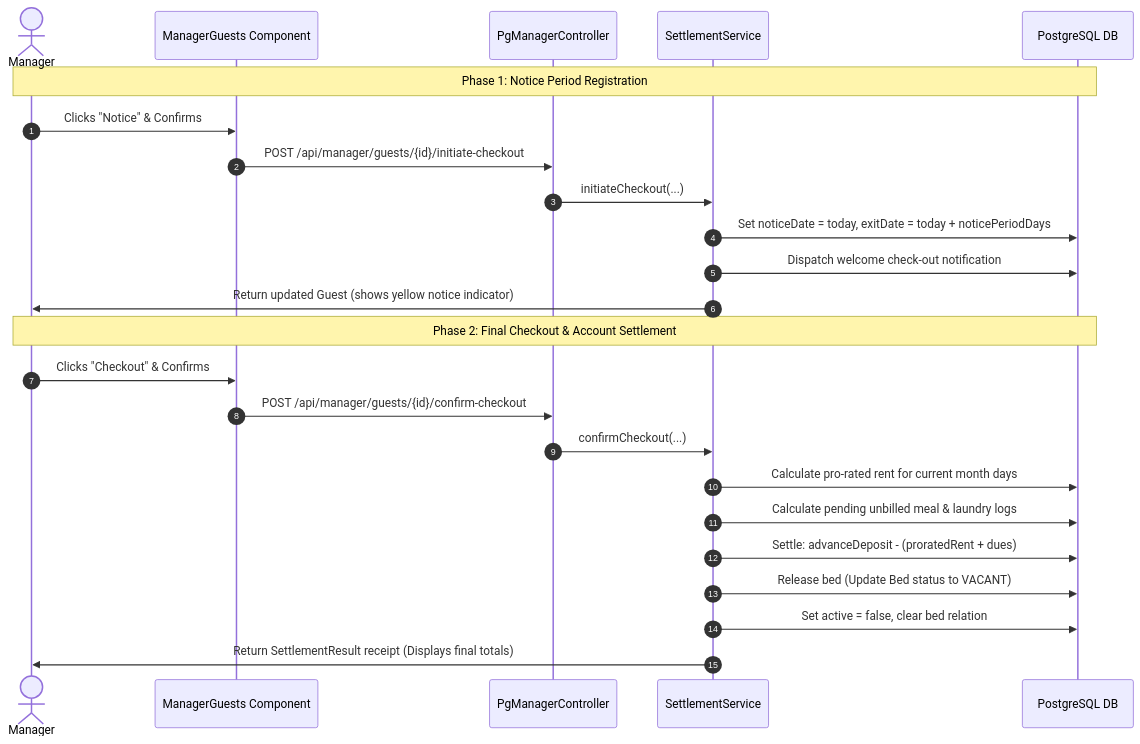
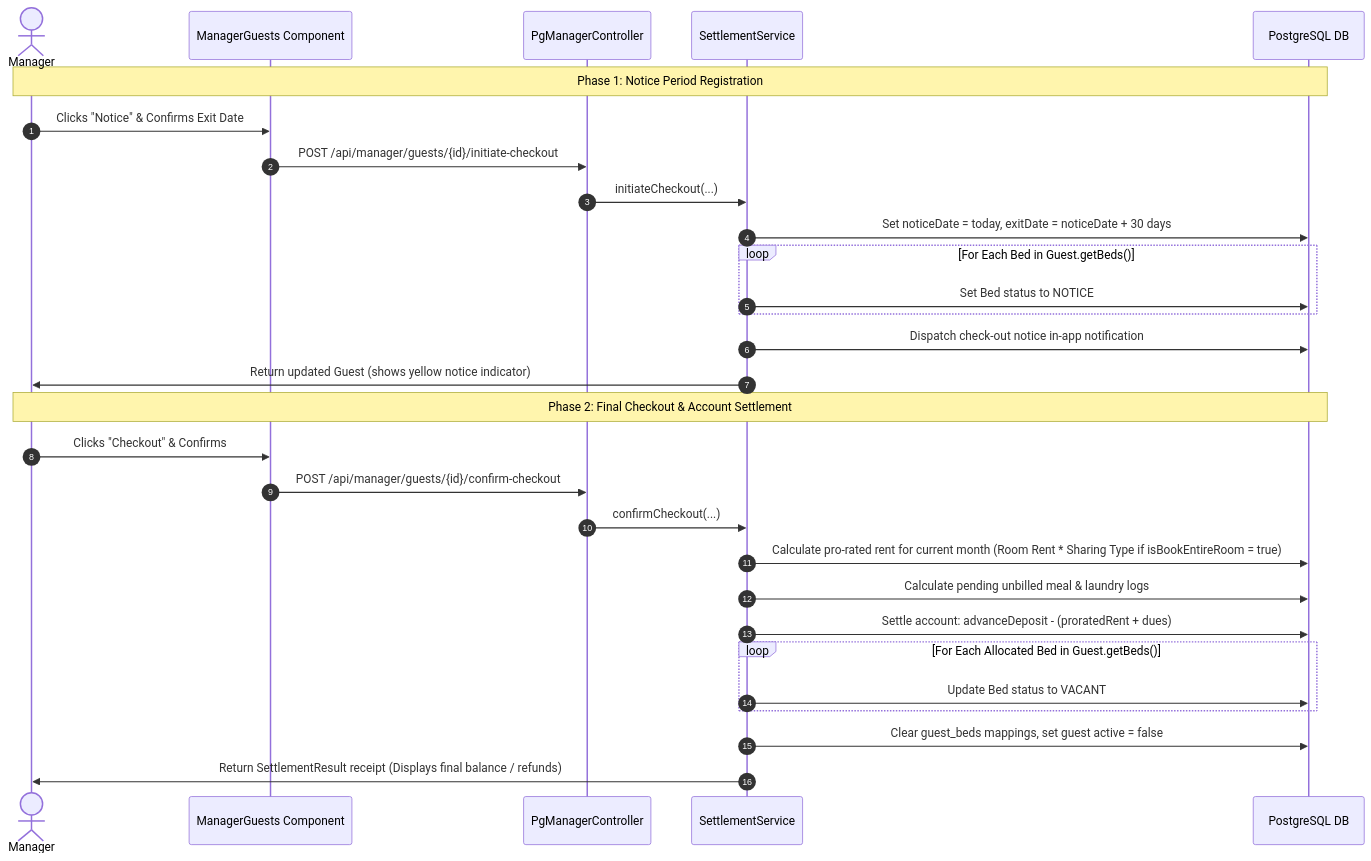
Before and after one commit to rahul-0906/PG-Project: the third of 21 diagrams in docs/WORKFLOWS.md, drawn with Mermaid. The commit also changed other lines of this file and 7 other files, not shown here.

Commit message:
Comprehensive documentation overhaul: update README, workflows, calculations, architecture registry, onboarding, and SOP files

````diff
--- a/docs/WORKFLOWS.md
+++ b/docs/WORKFLOWS.md
@@ -70,28 +81,33 @@
 ```mermaid
 sequenceDiagram
     autonumber
     actor Manager
     participant App as ManagerGuests Component
     participant Controller as PgManagerController
     participant Service as SettlementService
     participant DB as PostgreSQL DB
 
     Note over Manager, DB: Phase 1: Notice Period Registration
-    Manager->>App: Clicks "Notice" & Confirms
+    Manager->>App: Clicks "Notice" & Confirms Exit Date
     App->>Controller: POST /api/manager/guests/{id}/initiate-checkout
     Controller->>Service: initiateCheckout(...)
-    Service->>DB: Set noticeDate = today, exitDate = today + noticePeriodDays
-    Service->>DB: Dispatch welcome check-out notification
+    Service->>DB: Set noticeDate = today, exitDate = noticeDate + 30 days
+    loop For Each Bed in Guest.getBeds()
+        Service->>DB: Set Bed status to NOTICE
+    end
+    Service->>DB: Dispatch check-out notice in-app notification
     Service->>Manager: Return updated Guest (shows yellow notice indicator)
 
     Note over Manager, DB: Phase 2: Final Checkout & Account Settlement
     Manager->>App: Clicks "Checkout" & Confirms
     App->>Controller: POST /api/manager/guests/{id}/confirm-checkout
     Controller->>Service: confirmCheckout(...)
-    Service->>DB: Calculate pro-rated rent for current month days
+    Service->>DB: Calculate pro-rated rent for current month (Room Rent * Sharing Type if isBookEntireRoom = true)
     Service->>DB: Calculate pending unbilled meal & laundry logs
-    Service->>DB: Settle: advanceDeposit - (proratedRent + dues)
-    Service->>DB: Release bed (Update Bed status to VACANT)
-    Service->>DB: Set active = false, clear bed relation
-    Service->>Manager: Return SettlementResult receipt (Displays final totals)
+    Service->>DB: Settle account: advanceDeposit - (proratedRent + dues)
+    loop For Each Allocated Bed in Guest.getBeds()
+        Service->>DB: Update Bed status to VACANT
+    end
+    Service->>DB: Clear guest_beds mappings, set guest active = false
+    Service->>Manager: Return SettlementResult receipt (Displays final balance / refunds)
 ```
````
